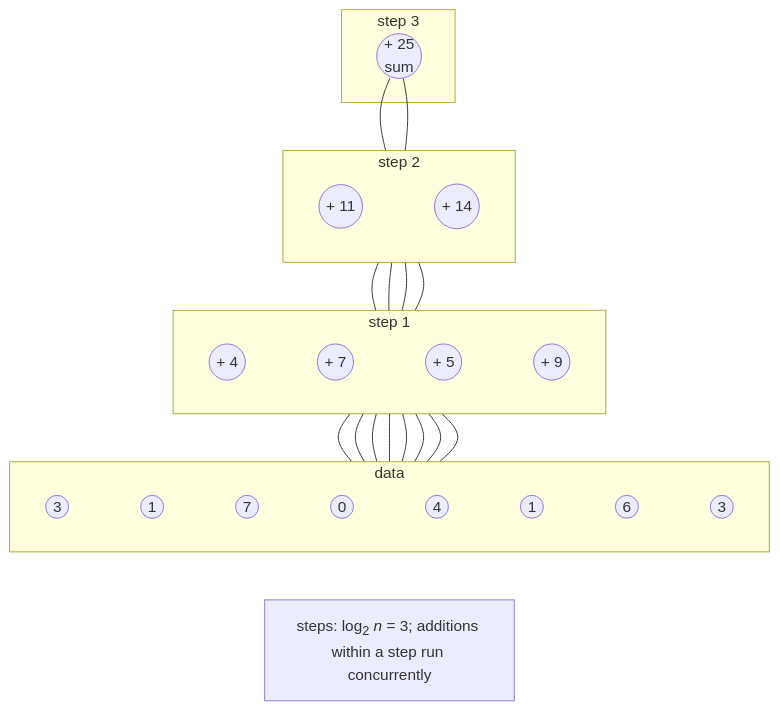
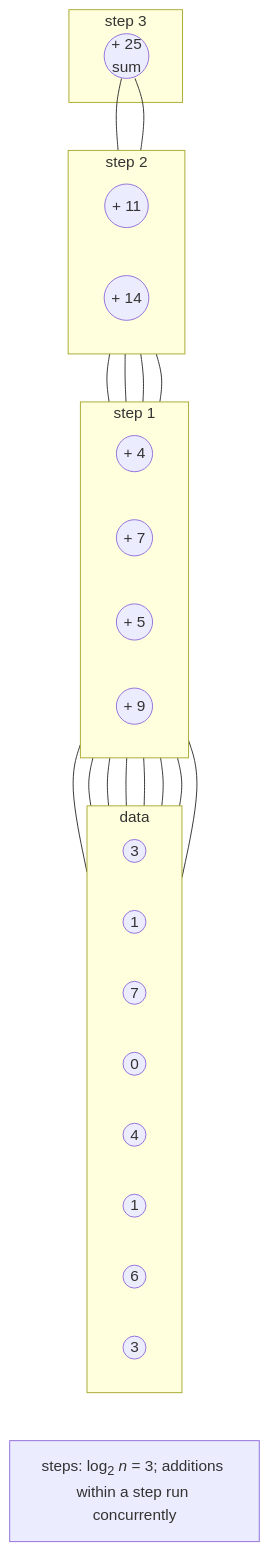
The first of 2 diagrams in src/courses/parallel/06-data-parallelism/reduction-sorting.md (musicvano/Blog), drawn with Mermaid before and after one commit. The commit also changed other lines of this file and 583 other files, not shown here.

````diff
--- a/src/courses/parallel/06-data-parallelism/reduction-sorting.md
+++ b/src/courses/parallel/06-data-parallelism/reduction-sorting.md
@@ -14,33 +14,44 @@
 ```mermaid
 flowchart BT
   subgraph L0["data"]
     direction LR
-    a0(("3")) ~~~ a1(("1")) ~~~ a2(("7")) ~~~ a3(("0")) ~~~ a4(("4")) ~~~ a5(("1")) ~~~ a6(("6")) ~~~ a7(("3"))
+    a0(("3"))
+    a1(("1"))
+    a2(("7"))
+    a3(("0"))
+    a4(("4"))
+    a5(("1"))
+    a6(("6"))
+    a7(("3"))
   end
   subgraph L1["step 1"]
     direction LR
-    b0(("+ 4")) ~~~ b1(("+ 7")) ~~~ b2(("+ 5")) ~~~ b3(("+ 9"))
+    b0(("+ 4"))
+    b1(("+ 7"))
+    b2(("+ 5"))
+    b3(("+ 9"))
   end
   subgraph L2["step 2"]
     direction LR
-    c0(("+ 11")) ~~~ c1(("+ 14"))
+    c0(("+ 11"))
+    c1(("+ 14"))
   end
   subgraph L3["step 3"]
     d0(("+ 25<br>sum"))
   end
   a0 --- b0
   a1 --- b0
   a2 --- b1
   a3 --- b1
   a4 --- b2
   a5 --- b2
   a6 --- b3
   a7 --- b3
   b0 --- c0
   b1 --- c0
   b2 --- c1
   b3 --- c1
   c0 --- d0
   c1 --- d0
-  NOTE["steps: log<sub>2</sub> <i>n</i> = 3; additions within a step run concurrently"] ~~~ L0
+  NOTE["steps: log<sub>2</sub> <i>n</i> = 3; additions within a step run concurrently"] ~~~ a3
 ```
````
